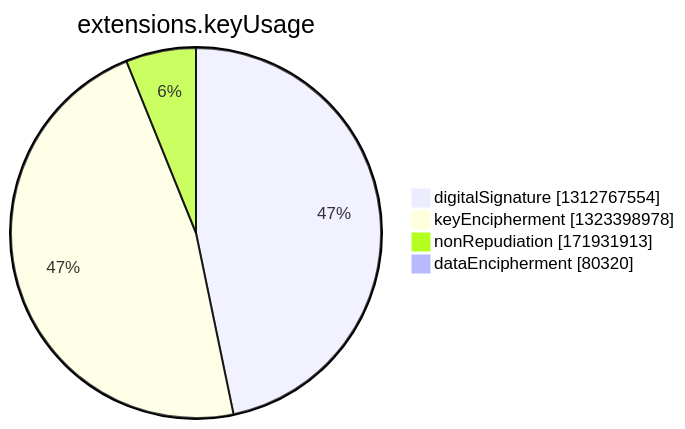
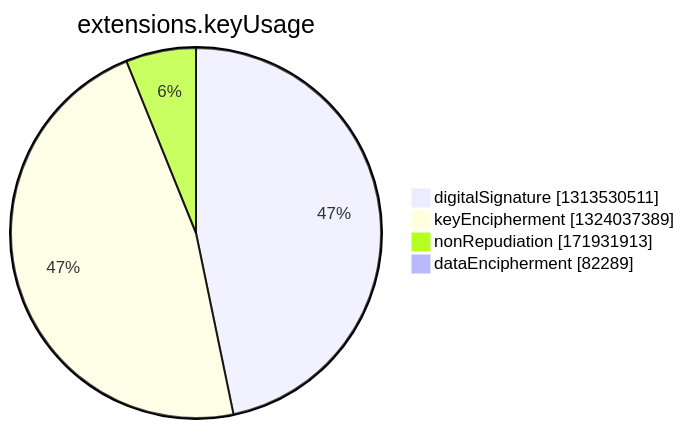
The seventh of 15 diagrams in argon2022/README.md (christiankrug/ctmonitor_visualization), drawn with Mermaid before and after one commit. The commit also changed other lines of this file, not shown here.

````diff
--- a/argon2022/README.md
+++ b/argon2022/README.md
@@ -2750,8 +2750,8 @@
 ```mermaid
 pie showData
 title extensions.keyUsage
-"digitalSignature" :1312767554
-"keyEncipherment" :1323398978
+"digitalSignature" :1313530511
+"keyEncipherment" :1324037389
 "nonRepudiation" :171931913
-"dataEncipherment" :80320
+"dataEncipherment" :82289
 ```
````
